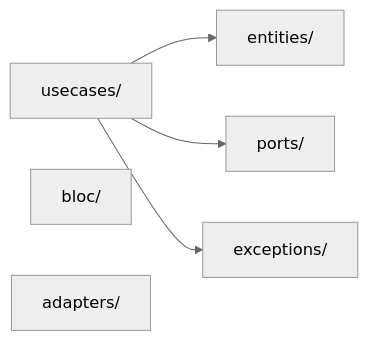
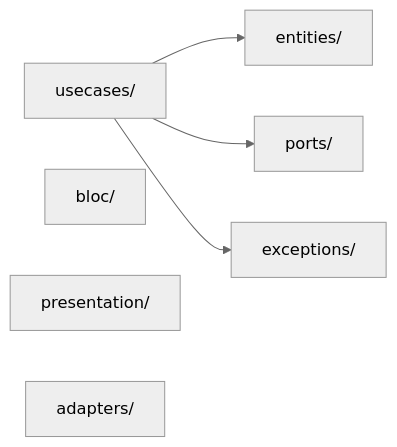
One commit to JosephNK/jkit-code-plugin changed the diagram in rules/flutter/base/lint-rules-diagram.md. Above: the diagram before and after it, drawn with Mermaid (neutral theme). The commit also changed 5 other files, not shown here.

First line of the commit message:
feat(architecture_lint): E8 presentation 의존성 룰 추가 — UI ↔ 비즈니스 분리 강제

````diff
--- a/rules/flutter/base/lint-rules-diagram.md
+++ b/rules/flutter/base/lint-rules-diagram.md
@@ -10,12 +10,13 @@
 ```mermaid
 graph LR
   usecases["usecases/"]
   entities["entities/"]
   ports["ports/"]
   exceptions["exceptions/"]
   bloc["bloc/"]
+  presentation["presentation/"]
   adapters["adapters/"]
   usecases --> entities
   usecases --> ports
   usecases --> exceptions
 ```
````
